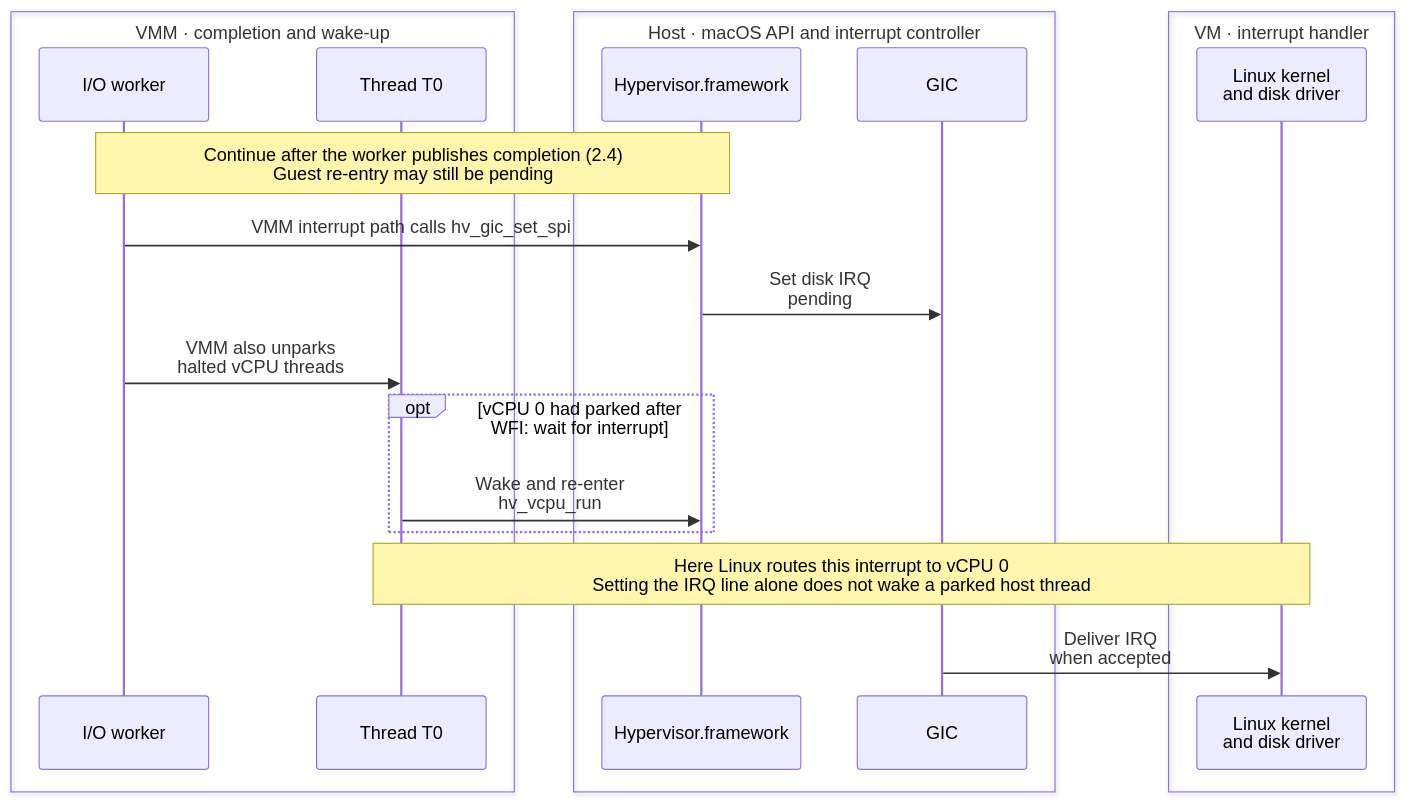
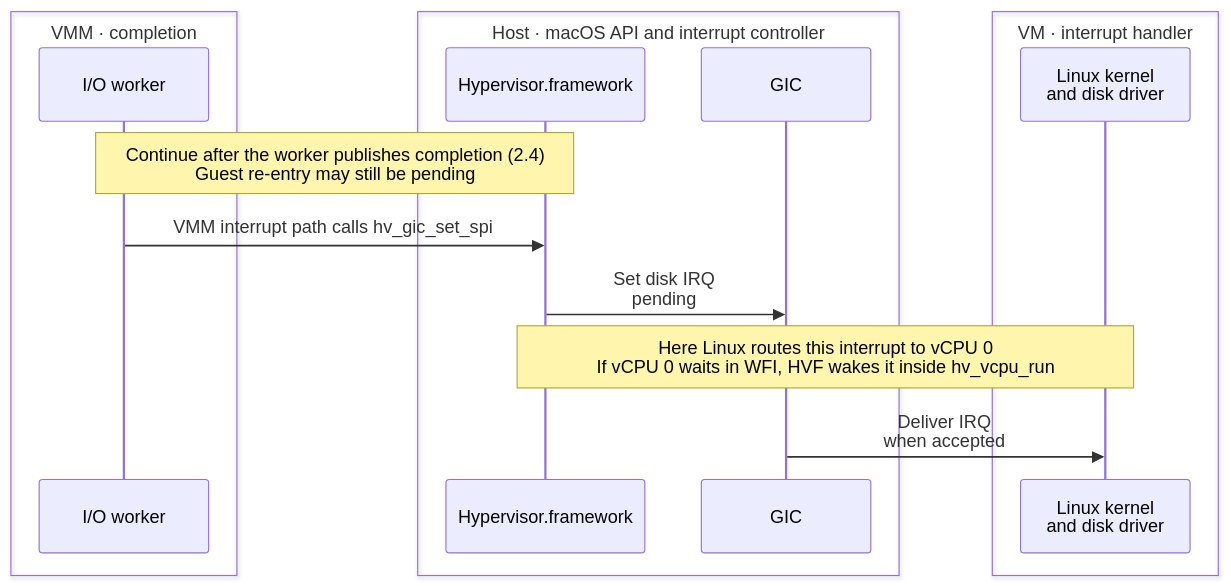
One commit to boxlite-ai/boxlite changed the sixth of 9 diagrams in docs/contributing/architecture/vmm/hvf.md. Above: the diagram before and after it, drawn with Mermaid. The commit also changed other lines of this file and 16 other files, not shown here.

````diff
--- a/docs/contributing/architecture/vmm/hvf.md
+++ b/docs/contributing/architecture/vmm/hvf.md
@@ -199,28 +199,21 @@
 ```mermaid
 sequenceDiagram
-  box VMM · completion and wake-up
+  box VMM · completion
     participant worker as I/O worker
-    participant thread0 as Thread T0
   end
   box Host · macOS API and interrupt controller
     participant hvf as Hypervisor.framework
     participant gic as GIC
   end
   box VM · interrupt handler
     participant kernel as Linux kernel<br/>and disk driver
   end
   Note over worker,hvf: Continue after the worker publishes completion (2.4)<br/>Guest re-entry may still be pending
   %% edge:io_signal
   worker->>hvf: VMM interrupt path calls hv_gic_set_spi
   %% edge:io_pending
   hvf->>gic: Set disk IRQ<br/>pending
-  %% edge:io_unpark
-  worker->>thread0: VMM also unparks<br/>halted vCPU threads
-  opt vCPU 0 had parked after WFI: wait for interrupt
-    %% edge:io_reenter_parked
-    thread0->>hvf: Wake and re-enter<br/>hv_vcpu_run
-  end
-  Note over thread0,kernel: Here Linux routes this interrupt to vCPU 0<br/>Setting the IRQ line alone does not wake a parked host thread
+  Note over hvf,kernel: Here Linux routes this interrupt to vCPU 0<br/>If vCPU 0 waits in WFI, HVF wakes it inside hv_vcpu_run
   %% edge:io_interrupt
   gic->>kernel: Deliver IRQ<br/>when accepted
 ```
````
